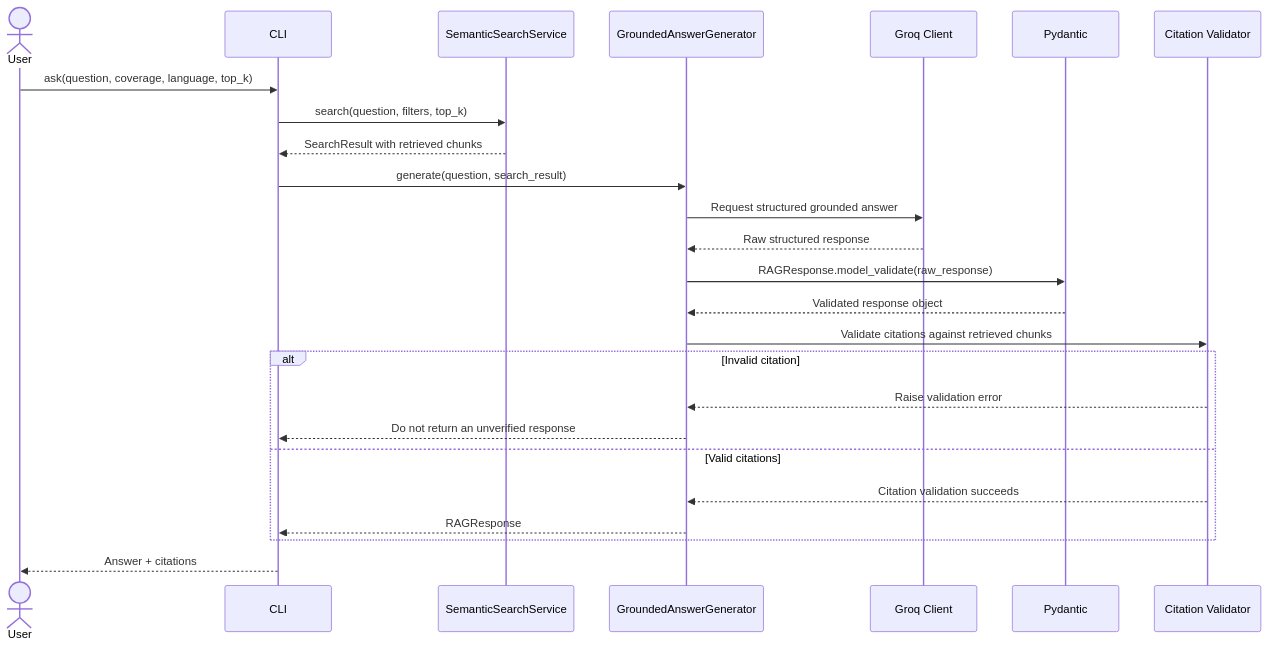
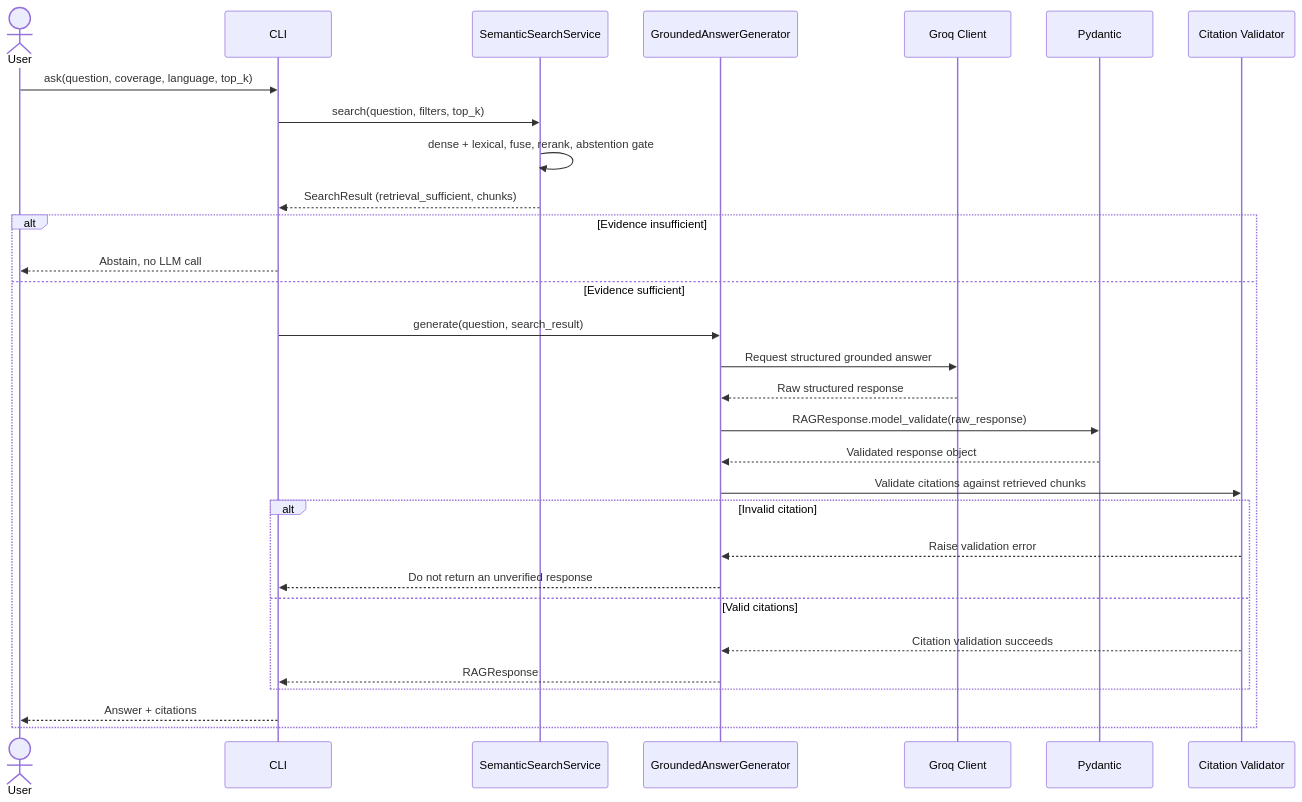
One commit to Kwame-K/insurance-rag-assistant changed the second of 3 diagrams in docs/architecture/system-architecture.md. Above: the diagram before and after it, drawn with Mermaid. The commit also changed other lines of this file and 36 other files, not shown here.

````diff
--- a/docs/architecture/system-architecture.md
+++ b/docs/architecture/system-architecture.md
@@ -85,28 +122,33 @@
 ```mermaid
 sequenceDiagram
     actor User
     participant CLI
     participant Retriever as SemanticSearchService
     participant Generator as GroundedAnswerGenerator
     participant LLM as Groq Client
     participant Schema as Pydantic
     participant Validator as Citation Validator
 
     User->>CLI: ask(question, coverage, language, top_k)
     CLI->>Retriever: search(question, filters, top_k)
-    Retriever-->>CLI: SearchResult with retrieved chunks
-    CLI->>Generator: generate(question, search_result)
-    Generator->>LLM: Request structured grounded answer
-    LLM-->>Generator: Raw structured response
-    Generator->>Schema: RAGResponse.model_validate(raw_response)
-    Schema-->>Generator: Validated response object
-    Generator->>Validator: Validate citations against retrieved chunks
-    alt Invalid citation
-        Validator-->>Generator: Raise validation error
-        Generator-->>CLI: Do not return an unverified response
-    else Valid citations
-        Validator-->>Generator: Citation validation succeeds
-        Generator-->>CLI: RAGResponse
+    Retriever->>Retriever: dense + lexical, fuse, rerank, abstention gate
+    Retriever-->>CLI: SearchResult (retrieval_sufficient, chunks)
+    alt Evidence insufficient
+        CLI-->>User: Abstain, no LLM call
+    else Evidence sufficient
+        CLI->>Generator: generate(question, search_result)
+        Generator->>LLM: Request structured grounded answer
+        LLM-->>Generator: Raw structured response
+        Generator->>Schema: RAGResponse.model_validate(raw_response)
+        Schema-->>Generator: Validated response object
+        Generator->>Validator: Validate citations against retrieved chunks
+        alt Invalid citation
+            Validator-->>Generator: Raise validation error
+            Generator-->>CLI: Do not return an unverified response
+        else Valid citations
+            Validator-->>Generator: Citation validation succeeds
+            Generator-->>CLI: RAGResponse
+        end
+        CLI-->>User: Answer + citations
     end
-    CLI-->>User: Answer + citations
 ```
````
